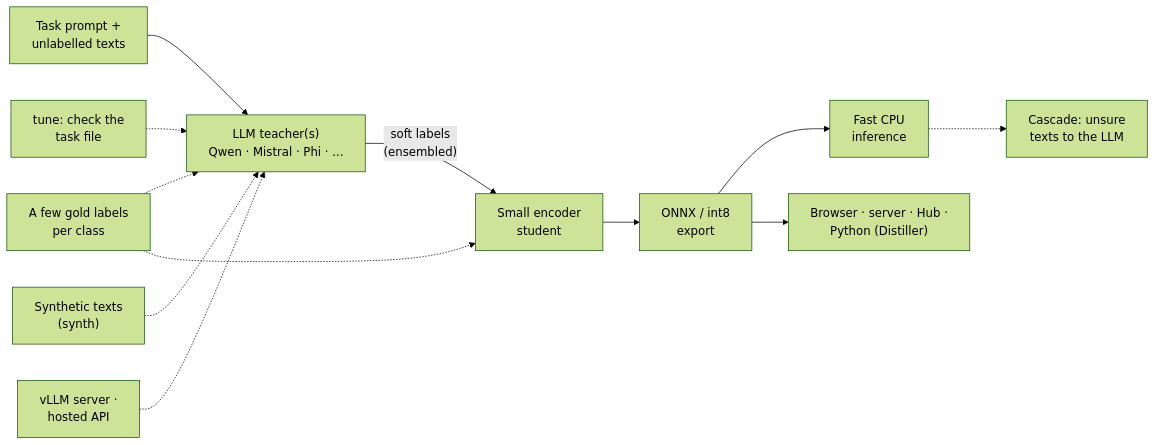
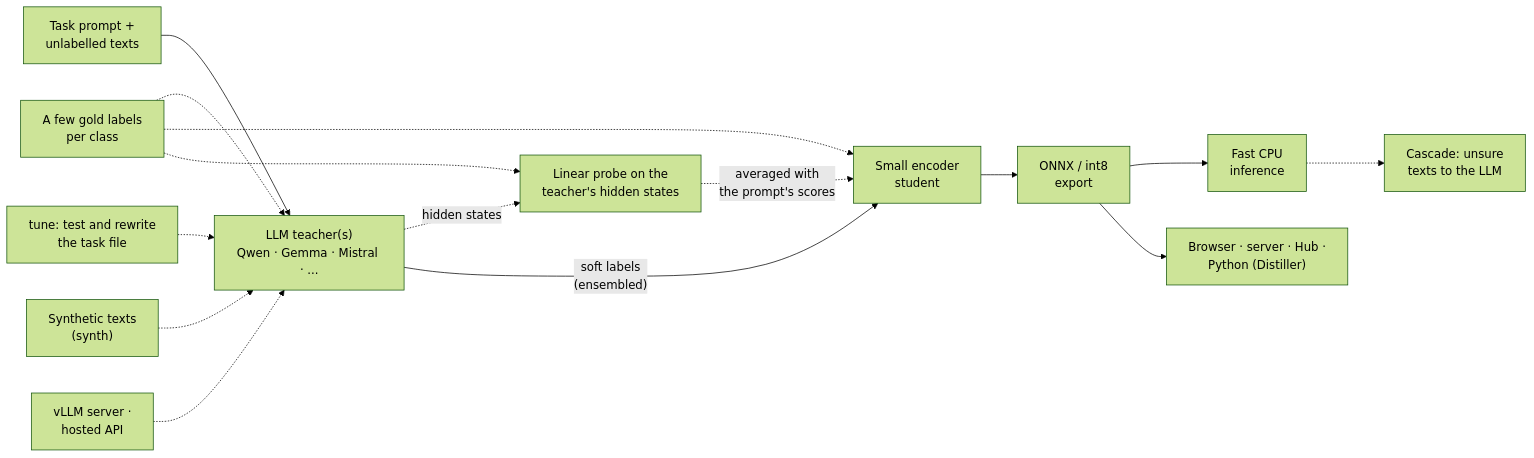
Before and after one commit to Andreas-Hum/tinydistill: the diagram in README.md, drawn with Mermaid (forest theme). The commit also changed other lines of this file and 2 other files, not shown here.

First line of the commit message:
Show the probe in the How it works flowchart

````diff
--- a/README.md
+++ b/README.md
@@ -182,14 +182,17 @@
 ```mermaid
 flowchart LR
-    A["Task prompt +<br/>unlabelled texts"] --> B["LLM teacher(s)<br/>Qwen · Mistral · Phi · ..."]
-    T["tune: check the<br/>task file"] -.-> B
+    A["Task prompt +<br/>unlabelled texts"] --> B["LLM teacher(s)<br/>Qwen · Gemma · Mistral · ..."]
+    T["tune: test and rewrite<br/>the task file"] -.-> B
     S["Synthetic texts<br/>(synth)"] -.-> B
     V["vLLM server ·<br/>hosted API"] -.-> B
     K["A few gold labels<br/>per class"] -.-> B
     K -.-> C
+    K -.-> P["Linear probe on the<br/>teacher's hidden states"]
+    B -. "hidden states" .-> P
+    P -. "averaged with<br/>the prompt's scores" .-> C
     B -- "soft labels<br/>(ensembled)" --> C["Small encoder<br/>student"]
     C --> D["ONNX / int8<br/>export"]
     D --> E["Fast CPU<br/>inference"]
     D --> W["Browser · server · Hub ·<br/>Python (Distiller)"]
     E -.-> F["Cascade: unsure<br/>texts to the LLM"]
 ```
````
